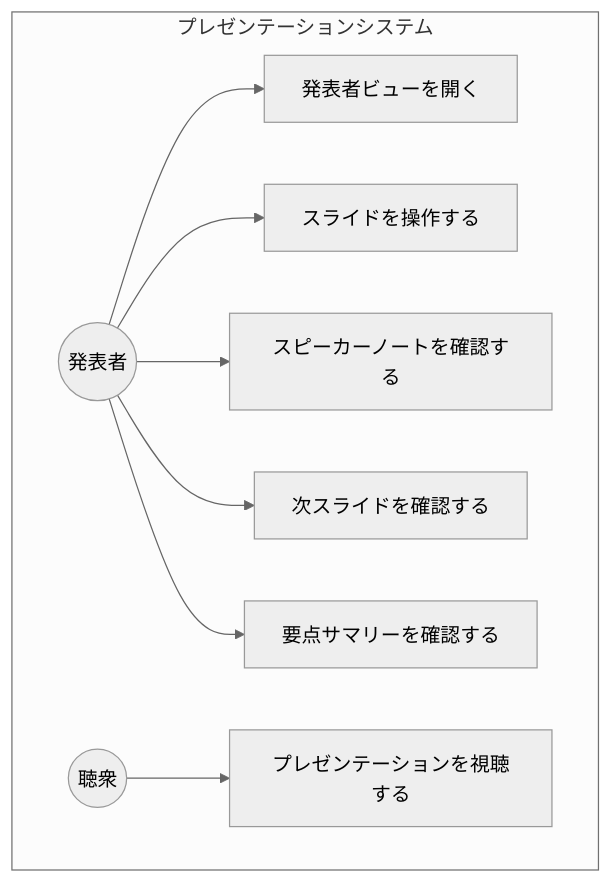
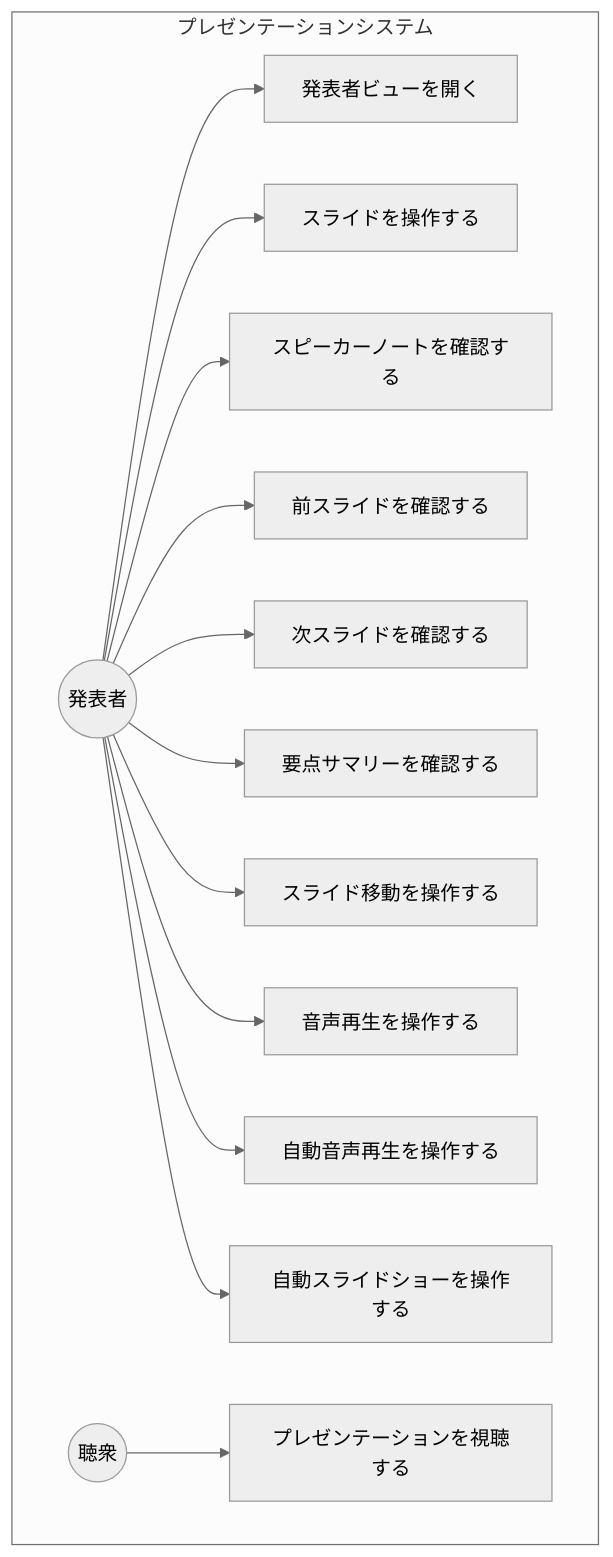
Before and after one commit to ToshikiImagawa/ai-sdd-workflow-demo: the first of 2 diagrams in .sdd/requirement/presenter-view.md, drawn with Mermaid (neutral theme). The commit also changed other lines of this file and 2 other files, not shown here.

````diff
--- a/.sdd/requirement/presenter-view.md
+++ b/.sdd/requirement/presenter-view.md
@@ -43,22 +43,30 @@
 ```mermaid
 graph TB
     subgraph "プレゼンテーションシステム"
         Presenter((発表者))
         OpenPresenterView[発表者ビューを開く]
         NavigateSlides[スライドを操作する]
         ViewNotes[スピーカーノートを確認する]
+        ViewPrevSlide[前スライドを確認する]
         ViewNextSlide[次スライドを確認する]
         ViewSummary[要点サマリーを確認する]
-
+        ControlNavigation[スライド移動を操作する]
+        ControlAudio[音声再生を操作する]
+        ControlAutoPlay[自動音声再生を操作する]
+        ControlAutoSlideshow[自動スライドショーを操作する]
         Audience((聴衆))
         ViewPresentation[プレゼンテーションを視聴する]
     end
 
     Presenter --> OpenPresenterView
     Presenter --> NavigateSlides
     Presenter --> ViewNotes
+    Presenter --> ViewPrevSlide
     Presenter --> ViewNextSlide
     Presenter --> ViewSummary
-
+    Presenter --> ControlNavigation
+    Presenter --> ControlAudio
+    Presenter --> ControlAutoPlay
+    Presenter --> ControlAutoSlideshow
     Audience --> ViewPresentation
 ```
````
